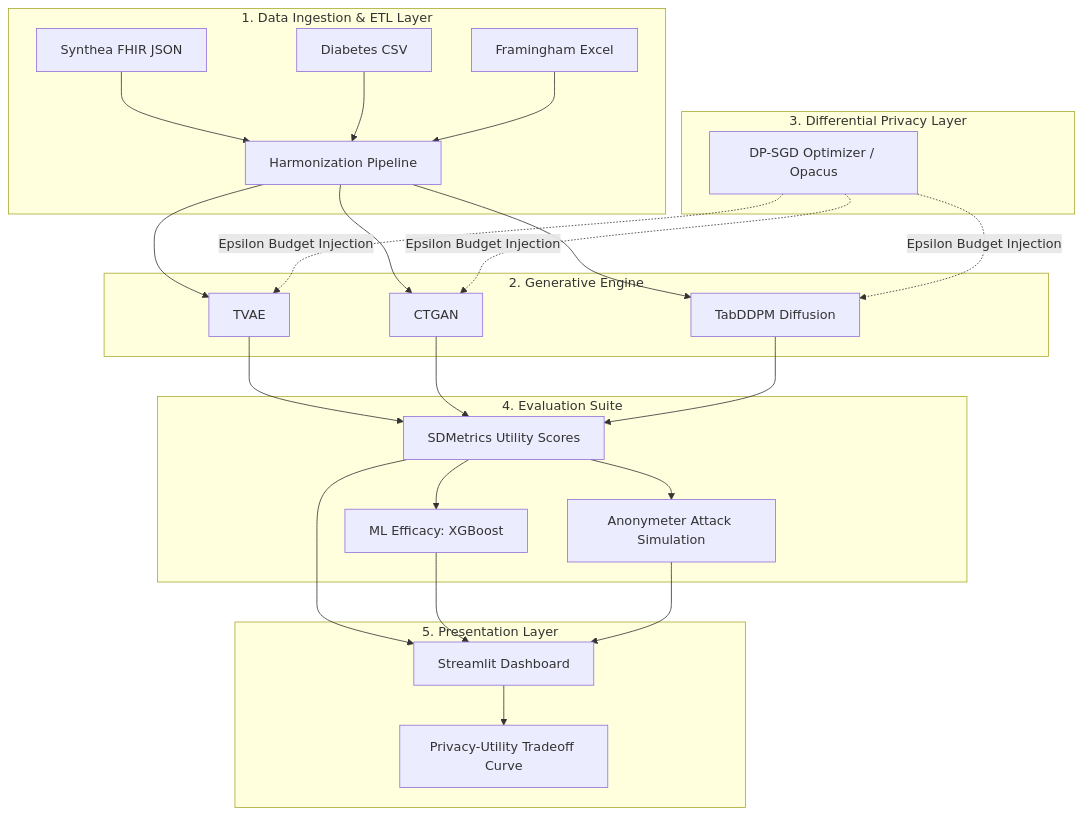
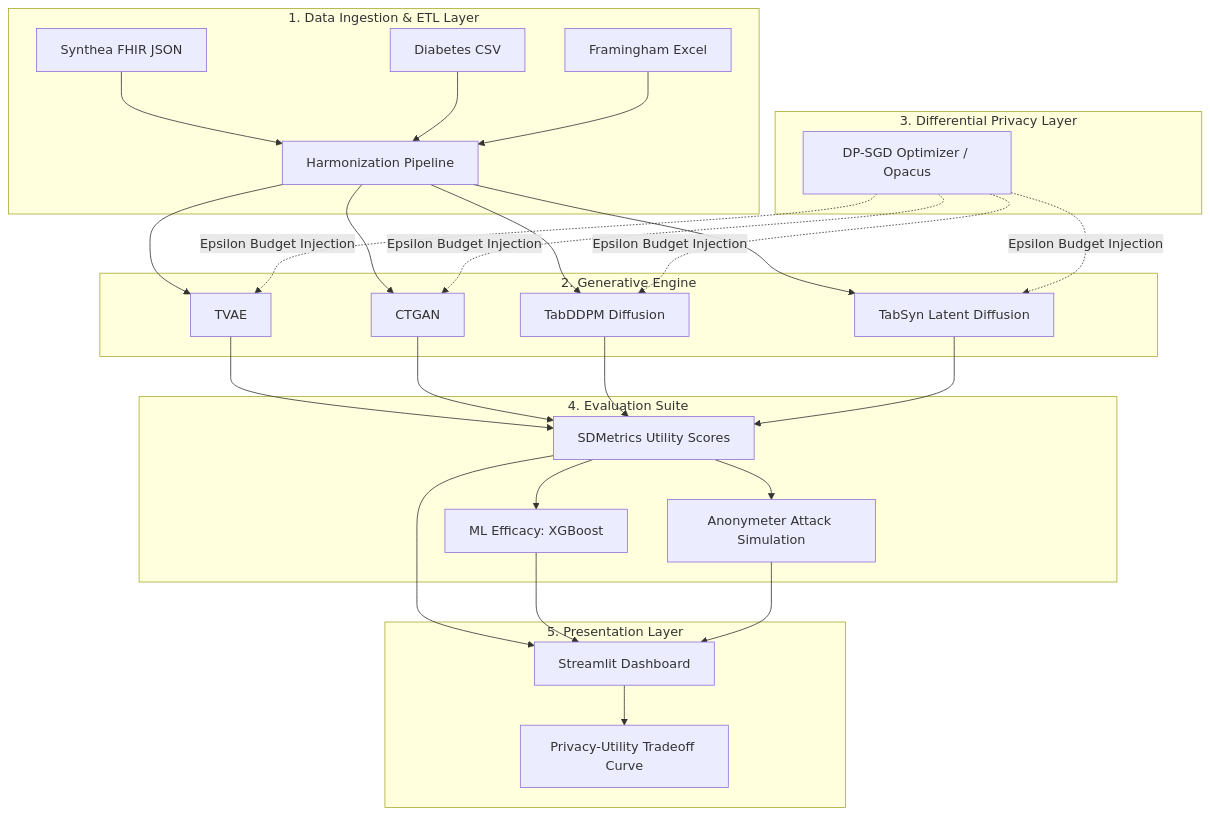
One commit to Harsha081459/Synthetic-Data-Generation-for-Social-Good changed the diagram in architecture_pipeline.md. Above: the diagram before and after it, drawn with Mermaid. The commit also changed 11 other files, not shown here.

````diff
--- a/architecture_pipeline.md
+++ b/architecture_pipeline.md
@@ -6,36 +6,39 @@
 ```mermaid
 graph TD
     subgraph 1. Data Ingestion & ETL Layer
         A1[Synthea FHIR JSON] --> B[Harmonization Pipeline]
         A2[Diabetes CSV] --> B
         A3[Framingham Excel] --> B
     end
 
     subgraph 2. Generative Engine 
         B --> C1[TVAE]
         B --> C2[CTGAN]
         B --> C3[TabDDPM Diffusion]
+        B --> C4[TabSyn Latent Diffusion]
     end
 
     subgraph 3. Differential Privacy Layer
         DP[DP-SGD Optimizer / Opacus] -.->|Epsilon Budget Injection| C1
         DP -.->|Epsilon Budget Injection| C2
         DP -.->|Epsilon Budget Injection| C3
+        DP -.->|Epsilon Budget Injection| C4
     end
 
     subgraph 4. Evaluation Suite
         C1 --> E1
         C2 --> E1
         C3 --> E1
+        C4 --> E1
         E1[SDMetrics Utility Scores]
         E1 --> E2[ML Efficacy: XGBoost]
         E1 --> E3[Anonymeter Attack Simulation]
     end
 
     subgraph 5. Presentation Layer
         E1 --> UI[Streamlit Dashboard]
         E2 --> UI
         E3 --> UI
         UI --> Graph[Privacy-Utility Tradeoff Curve]
     end
 ```
````
